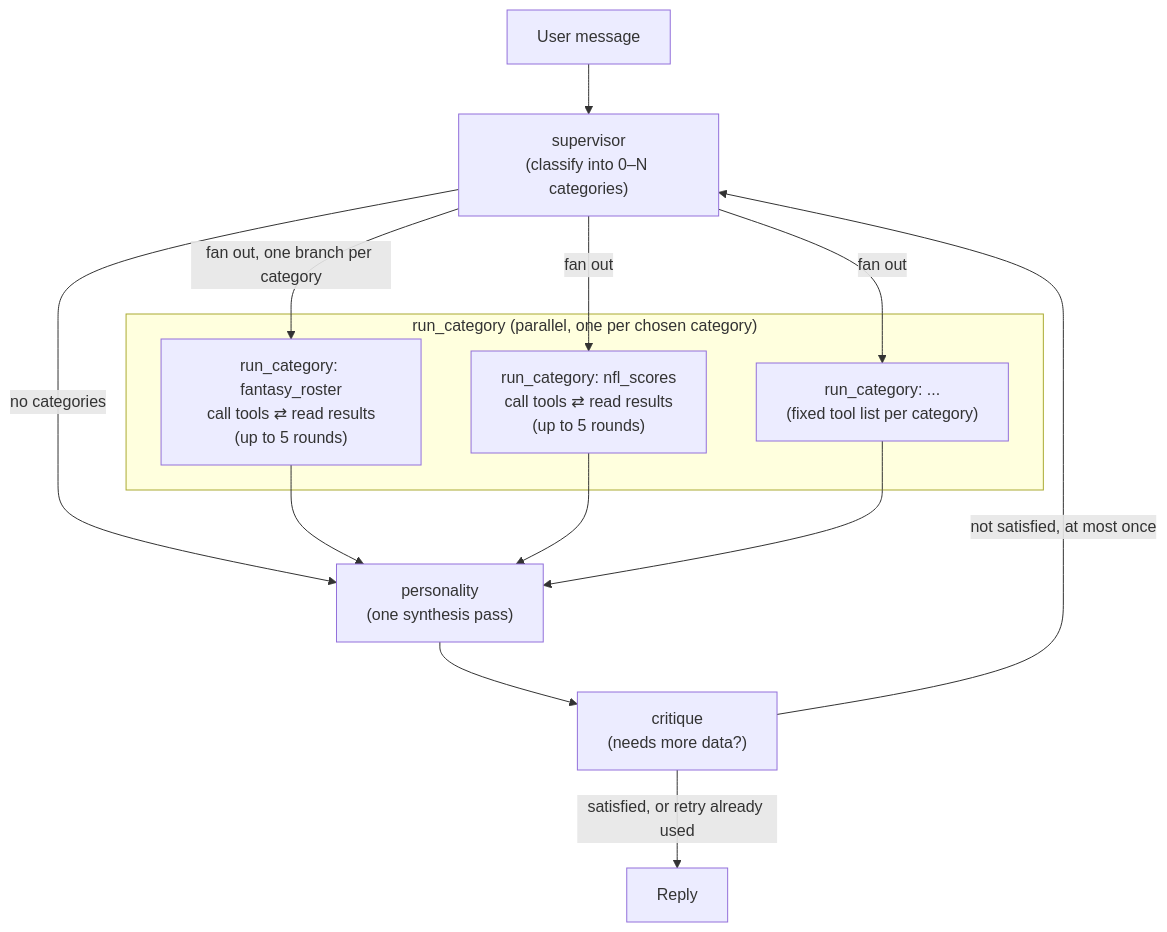
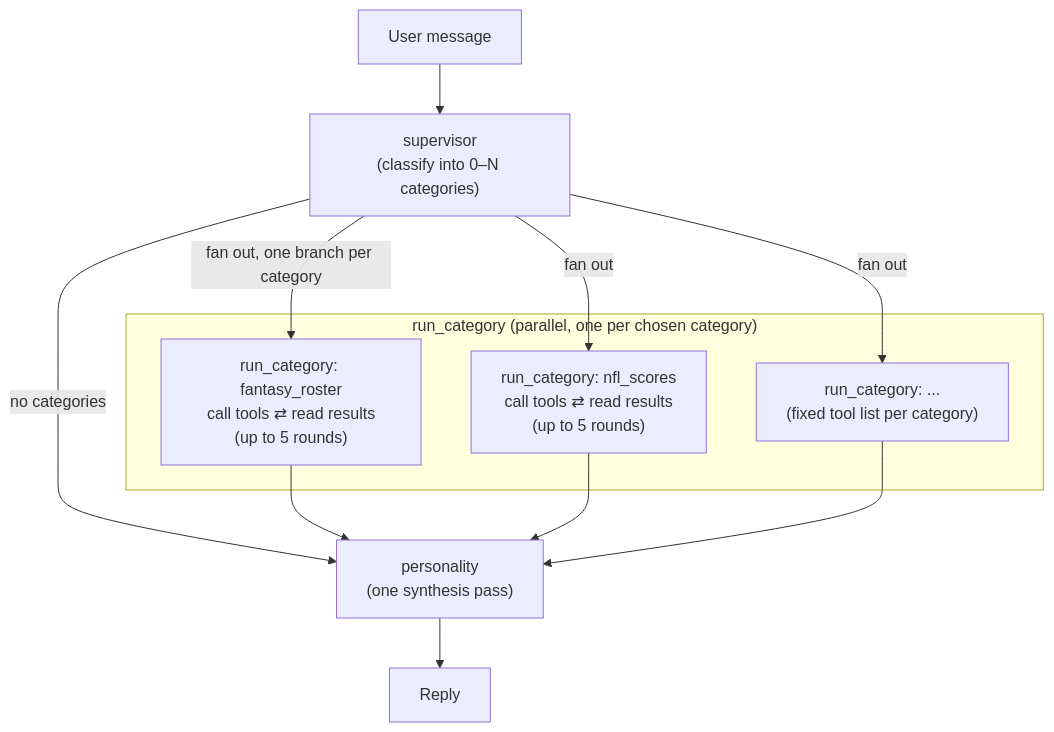
Before and after one commit to Dylanrock333/fantasy-bot: the diagram in docs/LANGGRAPH_WORKFLOW.md, drawn with Mermaid. The commit also changed other lines of this file and 2 other files, not shown here.

````diff
--- a/docs/LANGGRAPH_WORKFLOW.md
+++ b/docs/LANGGRAPH_WORKFLOW.md
@@ -12,21 +11,19 @@
 ```mermaid
 flowchart TD
     U[User message] --> S["supervisor\n(classify into 0–N categories)"]
     S -->|no categories| P
     S -->|fan out, one branch per category| RC1
     S -->|fan out| RC2
     S -->|fan out| RCn
 
     subgraph "run_category (parallel, one per chosen category)"
         RC1["run_category: fantasy_roster\ncall tools ⇄ read results\n(up to 5 rounds)"]
         RC2["run_category: nfl_scores\ncall tools ⇄ read results\n(up to 5 rounds)"]
         RCn["run_category: ...\n(fixed tool list per category)"]
     end
 
     RC1 --> P
     RC2 --> P
     RCn --> P
-    P["personality\n(one synthesis pass)"] --> C["critique\n(needs more data?)"]
-    C -->|satisfied, or retry already used| R[Reply]
-    C -->|not satisfied, at most once| S
+    P["personality\n(one synthesis pass)"] --> R[Reply]
 ```
````
